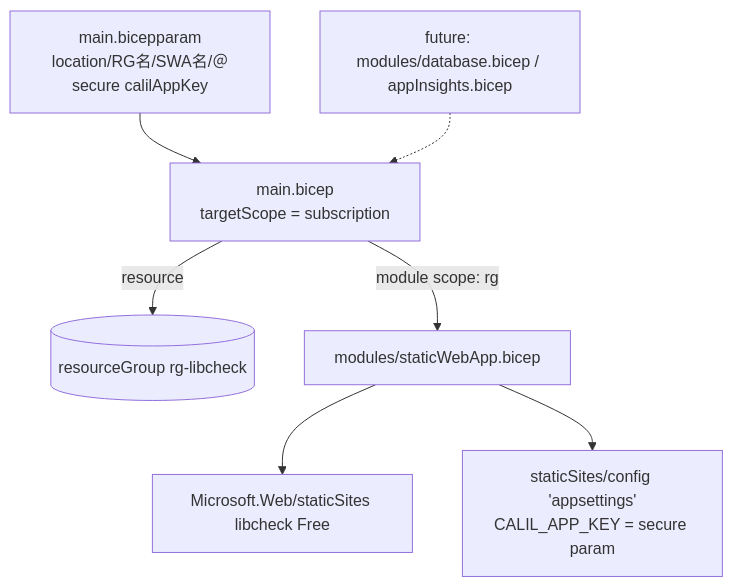
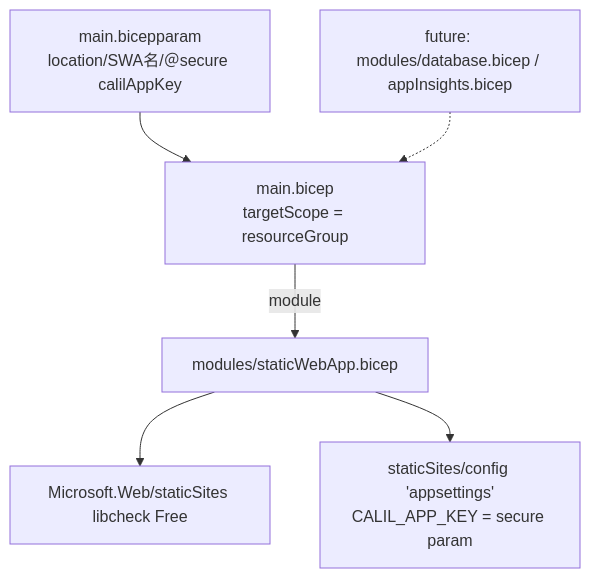
One commit to satoryu/LibCheck changed the diagram in docs/75-iac-bicep/design.md. Above: the diagram before and after it, drawn with Mermaid. The commit also changed other lines of this file and 6 other files, not shown here.

````diff
--- a/docs/75-iac-bicep/design.md
+++ b/docs/75-iac-bicep/design.md
@@ -9,9 +9,8 @@
 ```mermaid
 flowchart TD
-  Param[main.bicepparam<br/>location/RG名/SWA名/＠secure calilAppKey] --> Main[main.bicep<br/>targetScope = subscription]
-  Main -->|resource| RG[(resourceGroup rg-libcheck)]
-  Main -->|module scope: rg| SWA[modules/staticWebApp.bicep]
+  Param[main.bicepparam<br/>location/SWA名/＠secure calilAppKey] --> Main[main.bicep<br/>targetScope = resourceGroup]
+  Main -->|module| SWA[modules/staticWebApp.bicep]
   SWA --> Site[Microsoft.Web/staticSites libcheck Free]
   SWA --> Cfg[staticSites/config 'appsettings'<br/>CALIL_APP_KEY = secure param]
   Future[future: modules/database.bicep / appInsights.bicep] -.-> Main
 ```
````
